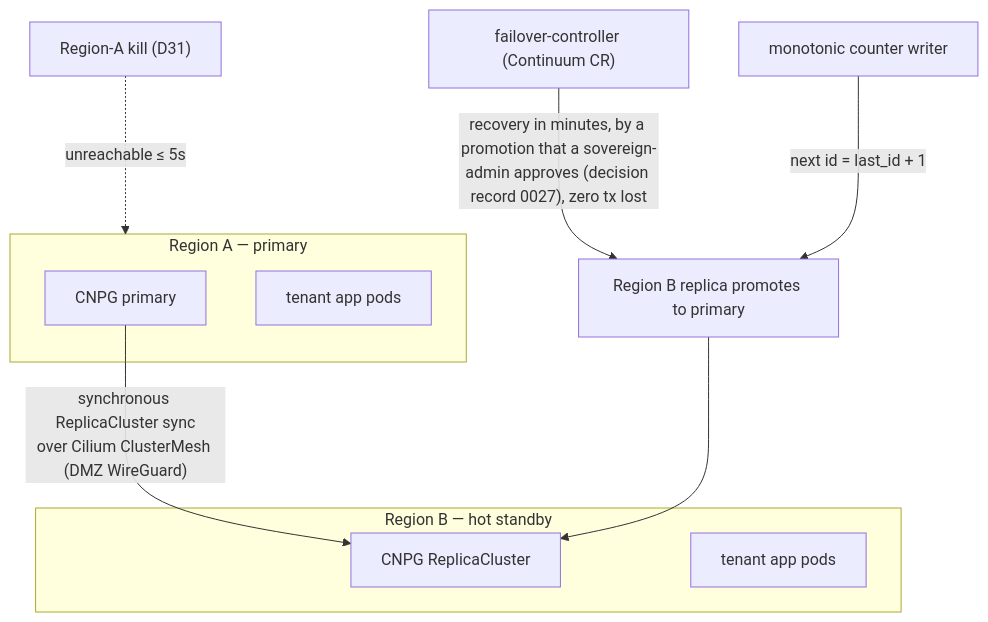
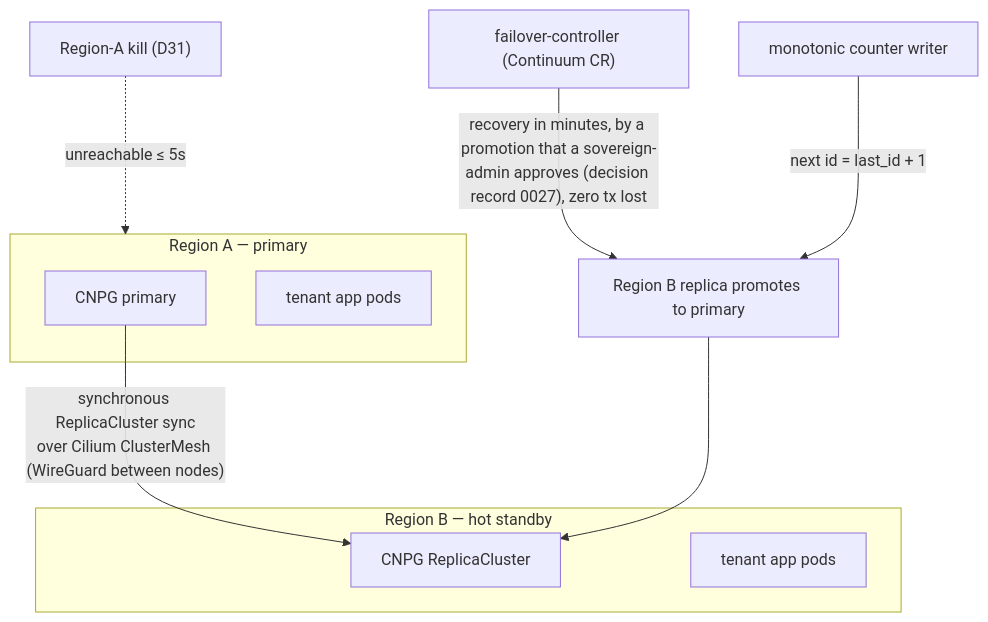
The eighth of 9 diagrams in docs/DOD.md (openova-io/openova), drawn with Mermaid before and after one commit. The commit also changed other lines of this file and 4 other files, not shown here.

````diff
--- a/docs/DOD.md
+++ b/docs/DOD.md
@@ -871,16 +871,16 @@
 ```mermaid
 graph TB
   subgraph RA["Region A — primary"]
     pgA["CNPG primary"]
     appA["tenant app pods"]
   end
   subgraph RB["Region B — hot standby"]
     pgB["CNPG ReplicaCluster"]
     appB["tenant app pods"]
   end
-  pgA -->|"synchronous ReplicaCluster sync<br/>over Cilium ClusterMesh (DMZ WireGuard)"| pgB
+  pgA -->|"synchronous ReplicaCluster sync<br/>over Cilium ClusterMesh (WireGuard between nodes)"| pgB
   KILL["Region-A kill (D31)"] -.->|"unreachable ≤ 5s"| RA
   FC["failover-controller (Continuum CR)"] -->|"recovery in minutes, by a promotion that a sovereign-admin approves (decision record 0027), zero tx lost"| PROMOTE["Region B replica promotes to primary"]
   PROMOTE --> pgB
   WR["monotonic counter writer"] -->|"next id = last_id + 1"| PROMOTE
 ```
````
